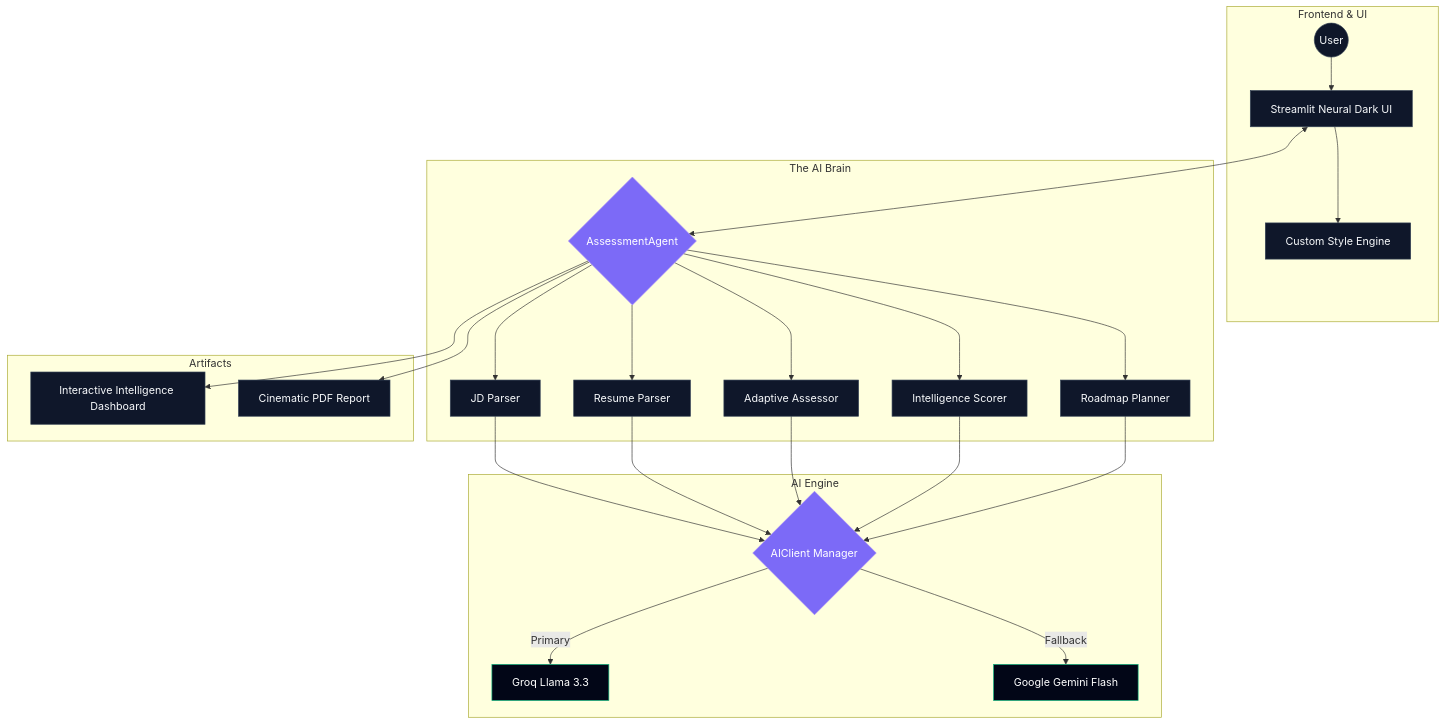
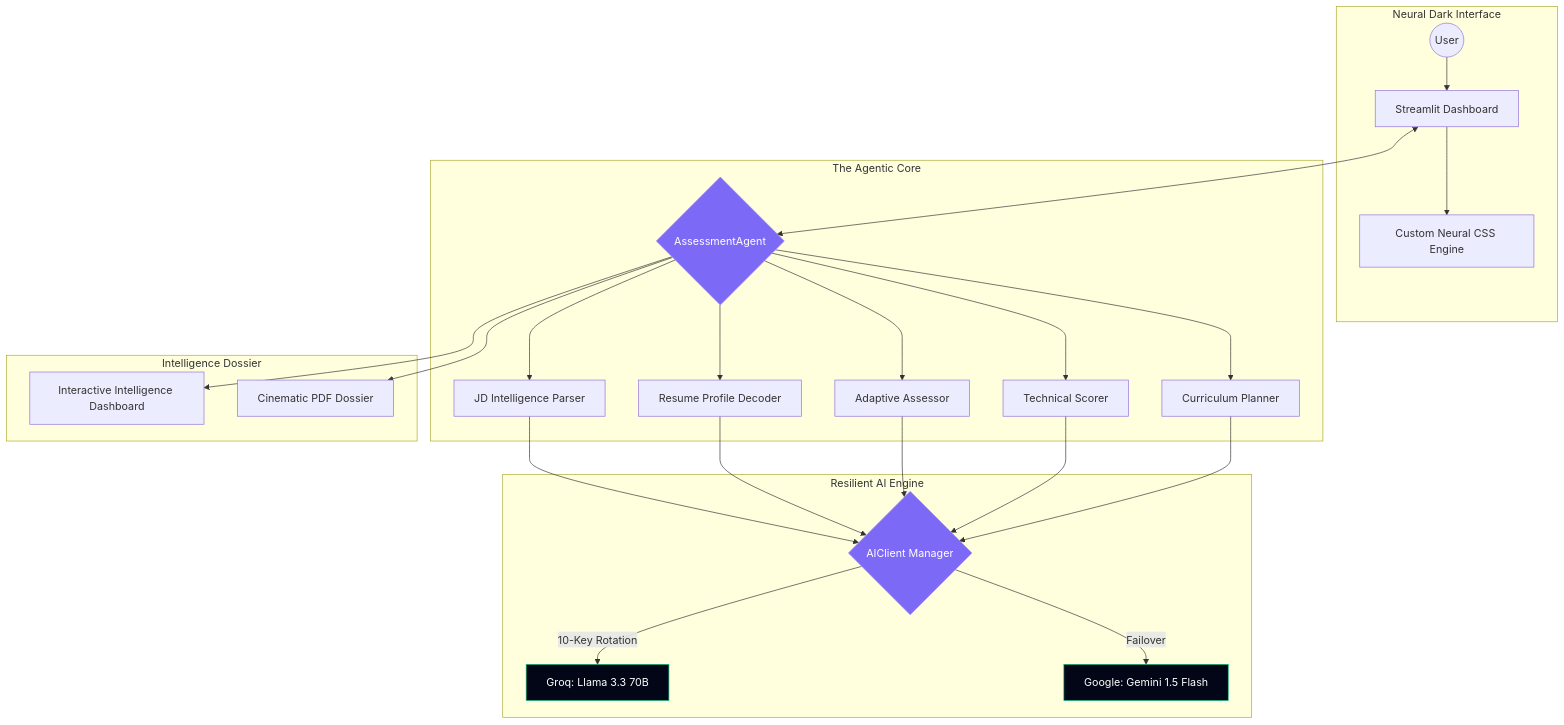
Before and after one commit to Yashthakre-07/Catalyst_Yash_Thakre: the diagram in README.md, drawn with Mermaid. The commit also changed other lines of this file, not shown here.

Commit message:
Upgrade README to GOD Level with cinematic documentation and technical deep-dives

````diff
--- a/README.md
+++ b/README.md
@@ -43,33 +33,32 @@
 ```mermaid
 flowchart TD
-    subgraph Client_Layer [Frontend & UI]
-        User((User)) --> UI[Streamlit Neural Dark UI]
-        UI --> CSS[Custom Style Engine]
+    subgraph UI_Layer [Neural Dark Interface]
+        U((User)) --> ST[Streamlit Dashboard]
+        ST --> CSS[Custom Neural CSS Engine]
     end
 
-    subgraph Orchestration_Layer [The AI Brain]
-        UI <--> Agent{AssessmentAgent}
-        Agent --> P_JD[JD Parser]
-        Agent --> P_RES[Resume Parser]
+    subgraph Orchestration [The Agentic Core]
+        ST <--> Agent{AssessmentAgent}
+        Agent --> P_JD[JD Intelligence Parser]
+        Agent --> P_RES[Resume Profile Decoder]
         Agent --> ASS[Adaptive Assessor]
-        Agent --> SCO[Intelligence Scorer]
-        Agent --> PLN[Roadmap Planner]
+        Agent --> SCO[Technical Scorer]
+        Agent --> PLN[Curriculum Planner]
     end
 
-    subgraph Intelligence_Layer [AI Engine]
-        P_JD & P_RES & ASS & SCO & PLN --> Router{AIClient Manager}
-        Router -->|Primary| Groq[Groq Llama 3.3]
-        Router -->|Fallback| Gemini[Google Gemini Flash]
+    subgraph Intelligence [Resilient AI Engine]
+        P_JD & P_RES & ASS & SCO & PLN --> Client{AIClient Manager}
+        Client -->|10-Key Rotation| Groq[Groq: Llama 3.3 70B]
+        Client -->|Failover| Gemini[Google: Gemini 1.5 Flash]
     end
 
-    subgraph Output_Layer [Artifacts]
+    subgraph Artifacts [Intelligence Dossier]
         Agent --> Dashboard[Interactive Intelligence Dashboard]
-        Agent --> PDF[Cinematic PDF Report]
+        Agent --> PDF[Cinematic PDF Dossier]
     end
 
-    classDef default fill:#0f172a,stroke:#334155,color:#f8fafc
     classDef highlight fill:#7c6af7,stroke:#a78bfa,color:#fff
     classDef engine fill:#020617,stroke:#10b981,color:#fff
-    class Agent,Router highlight
+    class Agent,Client highlight
     class Groq,Gemini engine
 ```
````
